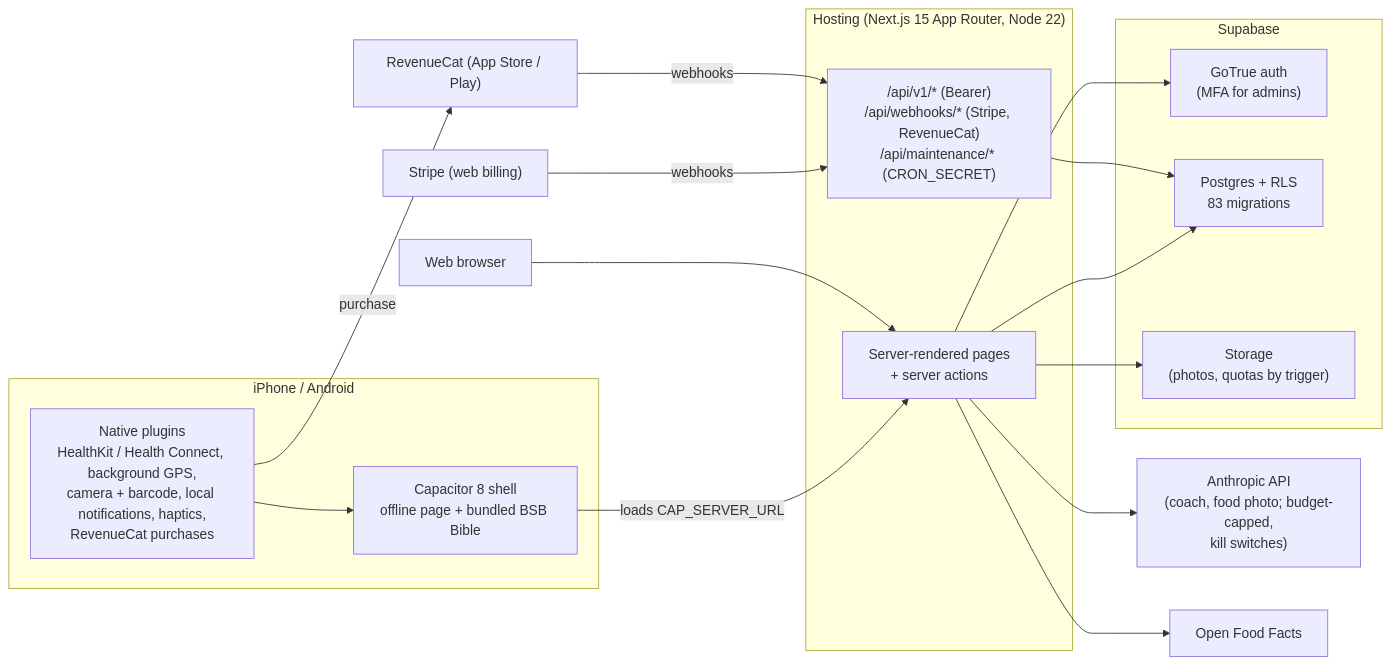
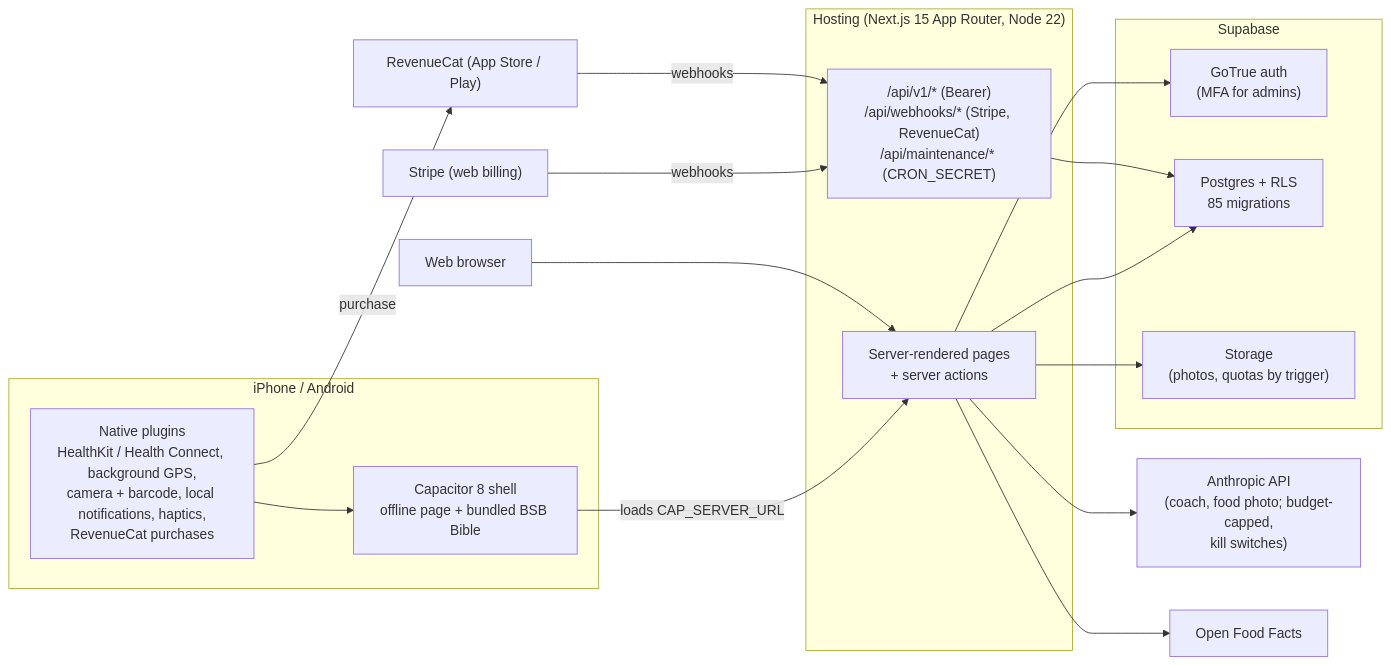
Before and after one commit to Joshfit77/Testing-testing-testing: the diagram in docs/production-consolidation/EXTERNAL_DEVELOPER_SCOPE.md, drawn with Mermaid. The commit also changed other lines of this file and 26 other files, not shown here.

````diff
--- a/docs/production-consolidation/EXTERNAL_DEVELOPER_SCOPE.md
+++ b/docs/production-consolidation/EXTERNAL_DEVELOPER_SCOPE.md
@@ -8,33 +8,33 @@
 ```mermaid
 flowchart LR
   subgraph Device["iPhone / Android"]
     Shell["Capacitor 8 shell<br/>offline page + bundled BSB Bible"]
     Plugins["Native plugins<br/>HealthKit / Health Connect, background GPS,<br/>camera + barcode, local notifications, haptics,<br/>RevenueCat purchases"]
   end
   Browser["Web browser"]
   subgraph Host["Hosting (Next.js 15 App Router, Node 22)"]
     Pages["Server-rendered pages<br/>+ server actions"]
     API["/api/v1/* (Bearer)<br/>/api/webhooks/* (Stripe, RevenueCat)<br/>/api/maintenance/* (CRON_SECRET)"]
   end
   subgraph Supabase["Supabase"]
     Auth["GoTrue auth<br/>(MFA for admins)"]
-    DB["Postgres + RLS<br/>83 migrations"]
+    DB["Postgres + RLS<br/>85 migrations"]
     Storage["Storage<br/>(photos, quotas by trigger)"]
   end
   Anthropic["Anthropic API<br/>(coach, food photo; budget-capped,<br/>kill switches)"]
   OFF["Open Food Facts"]
   Stripe["Stripe (web billing)"]
   RC["RevenueCat (App Store / Play)"]
   Shell -->|loads CAP_SERVER_URL| Pages
   Browser --> Pages
   Plugins --> Shell
   Pages --> Auth
   Pages --> DB
   Pages --> Storage
   API --> DB
   Pages --> Anthropic
   Pages --> OFF
   Stripe -->|webhooks| API
   RC -->|webhooks| API
   Plugins -->|purchase| RC
 ```
````
